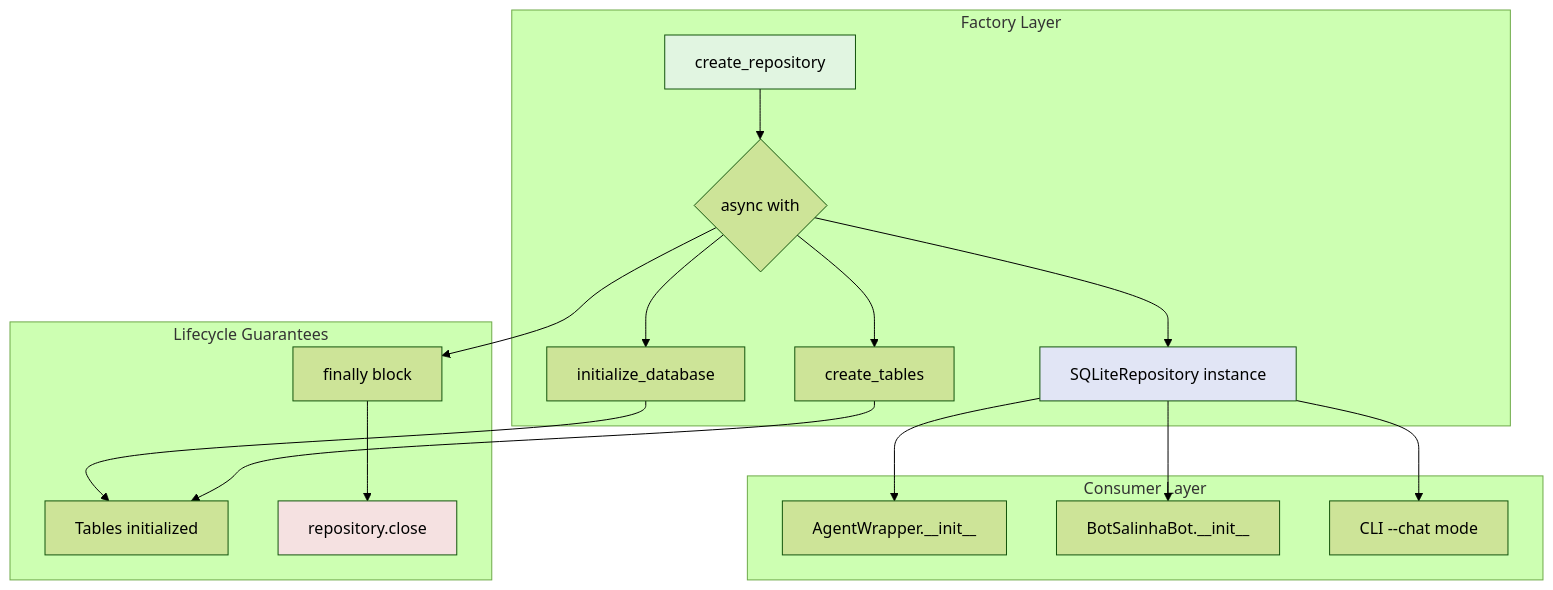
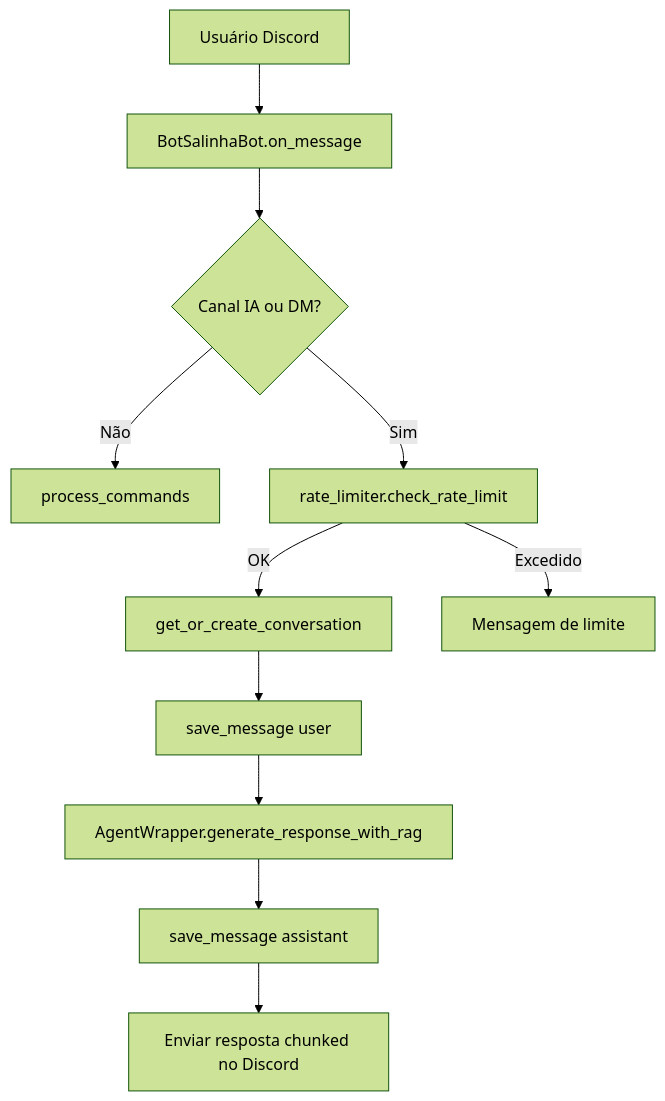
Before and after one commit to prof-ramos/BotSalinha: the first of 3 diagrams in docs/architecture.md, drawn with Mermaid (forest theme). The commit also changed other lines of this file and 62 other files, not shown here.

````diff
--- a/docs/architecture.md
+++ b/docs/architecture.md
@@ -154,26 +47,13 @@
 ```mermaid
-graph TB
-    subgraph "Factory Layer"
-        A[create_repository] --> B{async with}
-        B --> C[initialize_database]
-        B --> D[create_tables]
-        B --> E[SQLiteRepository instance]
-    end
-
-    subgraph "Consumer Layer"
-        E --> F[AgentWrapper.__init__]
-        E --> G[BotSalinhaBot.__init__]
-        E --> H[CLI --chat mode]
-    end
-
-    subgraph "Lifecycle Guarantees"
-        C --> I[Tables initialized]
-        D --> I
-        B --> J[finally block]
-        J --> K[repository.close]
-    end
-
-    style A fill:#e1f5e1
-    style E fill:#e1e5f5
-    style K fill:#f5e1e1
+flowchart TD
+    U[Usuário Discord] --> D[BotSalinhaBot.on_message]
+    D --> C{Canal IA ou DM?}
+    C -->|Não| P[process_commands]
+    C -->|Sim| R[rate_limiter.check_rate_limit]
+    R -->|OK| H[get_or_create_conversation]
+    H --> S[save_message user]
+    S --> G[AgentWrapper.generate_response_with_rag]
+    G --> A[save_message assistant]
+    A --> O[Enviar resposta chunked no Discord]
+    R -->|Excedido| L[Mensagem de limite]
 ```
````
